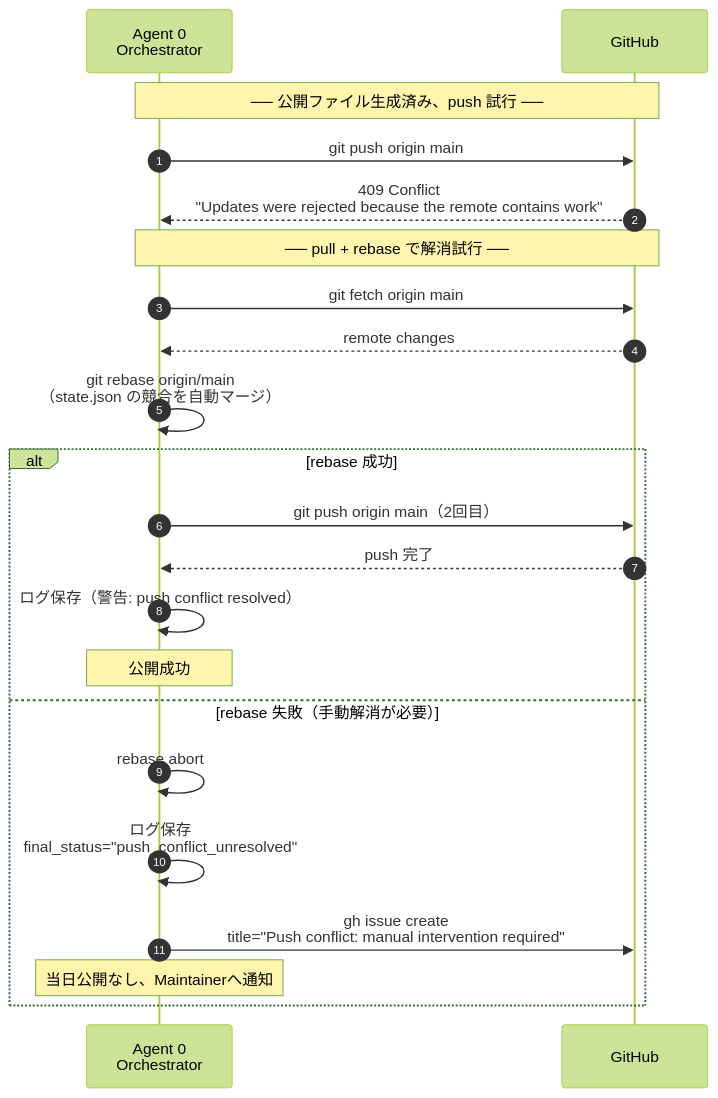
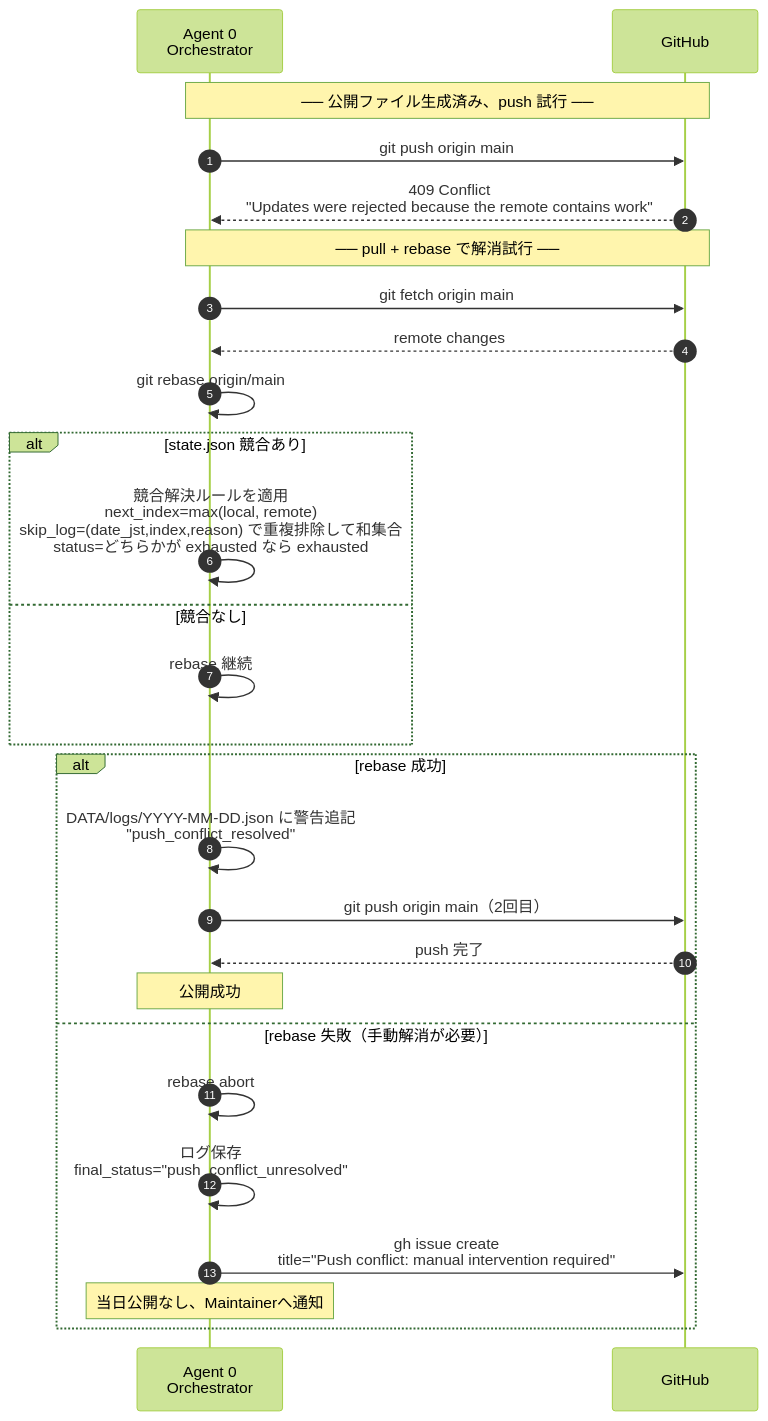
One commit to garyohosu/AozoraDailyTranslations changed the seventh of 10 diagrams in SEQUENCE.md. Above: the diagram before and after it, drawn with Mermaid (forest theme). The commit also changed other lines of this file and 1 other file, not shown here.

Commit message:
docs: align workflow commit order and exhausted issue policy

````diff
--- a/SEQUENCE.md
+++ b/SEQUENCE.md
@@ -373,27 +380,33 @@
 ```mermaid
 sequenceDiagram
     autonumber
     participant Orch as Agent 0<br/>Orchestrator
     participant GH as GitHub
 
     Note over Orch,GH: ── 公開ファイル生成済み、push 試行 ──
     Orch->>GH: git push origin main
     GH-->>Orch: 409 Conflict<br/>"Updates were rejected because the remote contains work"
 
     Note over Orch,GH: ── pull + rebase で解消試行 ──
     Orch->>GH: git fetch origin main
     GH-->>Orch: remote changes
-    Orch->>Orch: git rebase origin/main<br/>（state.json の競合を自動マージ）
+    Orch->>Orch: git rebase origin/main
+
+    alt state.json 競合あり
+        Orch->>Orch: 競合解決ルールを適用<br/>next_index=max(local, remote)<br/>skip_log=(date_jst,index,reason) で重複排除して和集合<br/>status=どちらかが exhausted なら exhausted
+    else 競合なし
+        Orch->>Orch: rebase 継続
+    end
 
     alt rebase 成功
+        Orch->>Orch: DATA/logs/YYYY-MM-DD.json に警告追記<br/>"push_conflict_resolved"
         Orch->>GH: git push origin main（2回目）
         GH-->>Orch: push 完了
-        Orch->>Orch: ログ保存（警告: push conflict resolved）
         Note over Orch: 公開成功
     else rebase 失敗（手動解消が必要）
         Orch->>Orch: rebase abort
         Orch->>Orch: ログ保存<br/>final_status="push_conflict_unresolved"
         Orch->>GH: gh issue create<br/>title="Push conflict: manual intervention required"
         Note over Orch: 当日公開なし、Maintainerへ通知
     end
 ```
````
